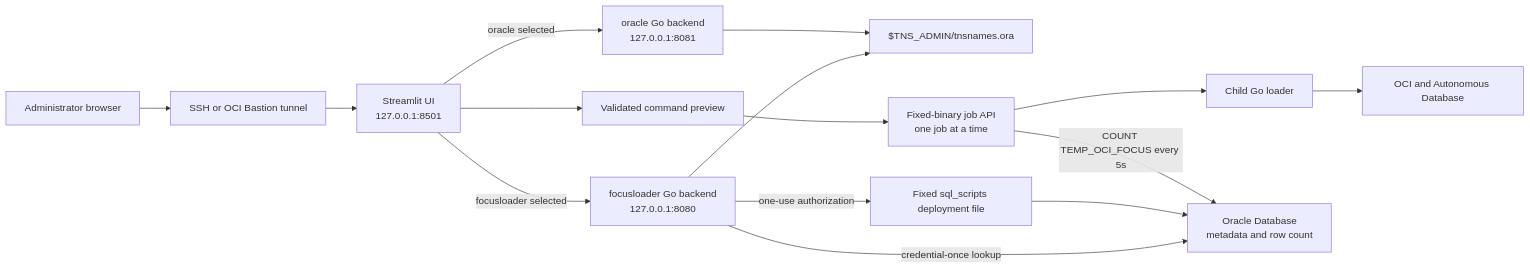
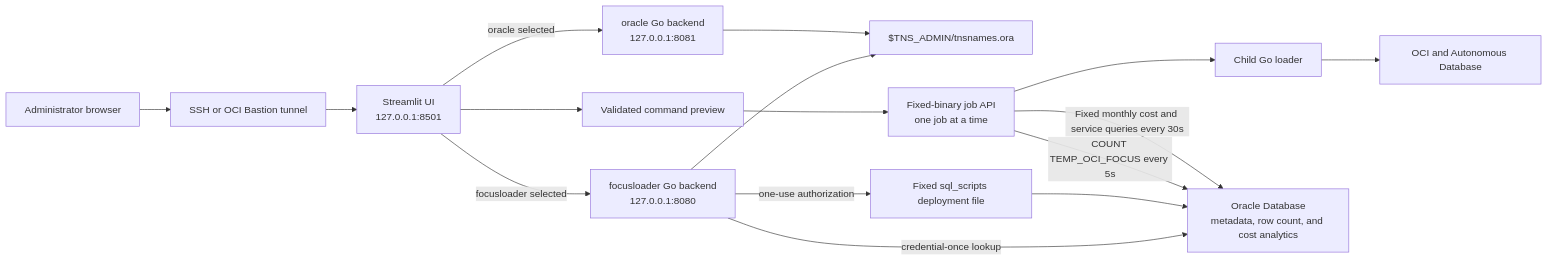
The diagram in streamlit-ui/README.md (eugsim1/focus-loader-report-upload), drawn with Mermaid before and after one commit. The commit also changed other lines of this file and 13 other files, not shown here.

Commit message:
Add monthly cost analytics tab

````diff
--- a/streamlit-ui/README.md
+++ b/streamlit-ui/README.md
@@ -65,23 +67,24 @@
 ```mermaid
 flowchart LR
     Browser["Administrator browser"]
     Tunnel["SSH or OCI Bastion tunnel"]
     UI["Streamlit UI<br/>127.0.0.1:8501"]
     API["focusloader Go backend<br/>127.0.0.1:8080"]
     OracleAPI["oracle Go backend<br/>127.0.0.1:8081"]
     TNS["$TNS_ADMIN/tnsnames.ora"]
     Builder["Validated command preview"]
     Execute["Fixed-binary job API<br/>one job at a time"]
     Loader["Child Go loader"]
-    DB["Oracle Database<br/>metadata and row count"]
+    DB["Oracle Database<br/>metadata, row count, and cost analytics"]
     Script["Fixed sql_scripts deployment file"]
     OCI["OCI and Autonomous Database"]
 
     Browser --> Tunnel --> UI
     UI -->|"focusloader selected"| API --> TNS
     UI -->|"oracle selected"| OracleAPI --> TNS
     API -->|"credential-once lookup"| DB
     API -->|"one-use authorization"| Script --> DB
     UI --> Builder --> Execute --> Loader --> OCI
     Execute -->|"COUNT TEMP_OCI_FOCUS every 5s"| DB
+    Execute -->|"Fixed monthly cost and service queries every 30s"| DB
 ```
````
